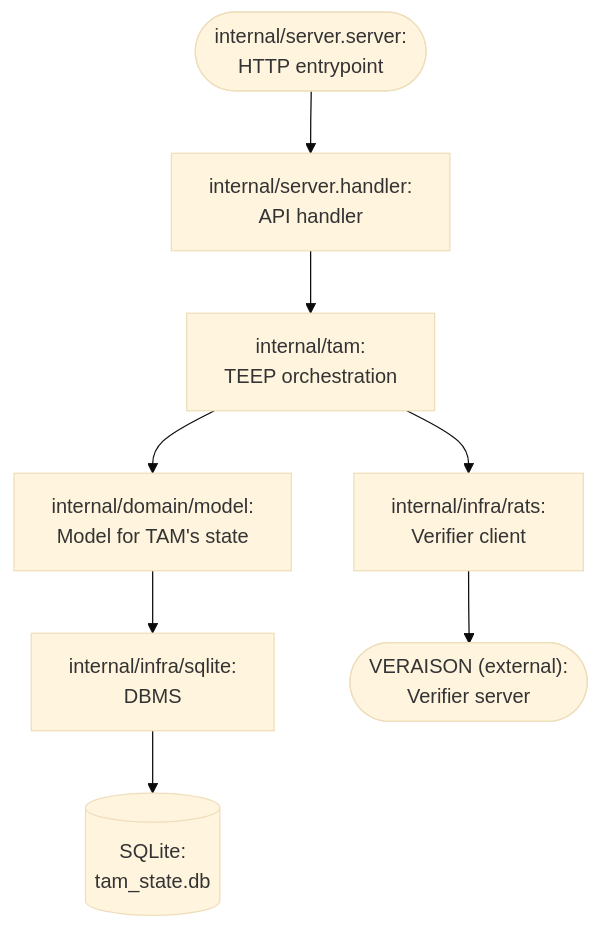
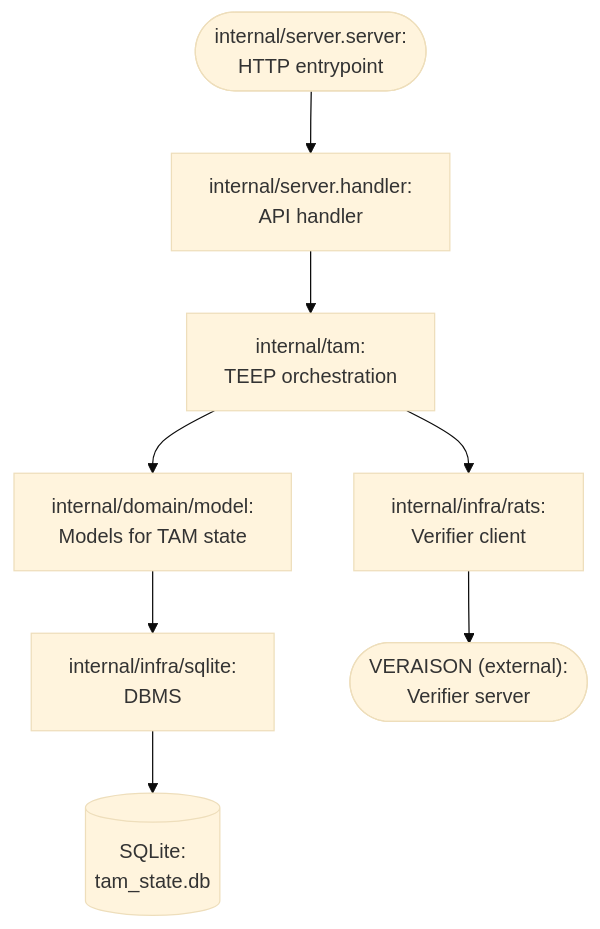
One commit to kentakayama/AttesTAM changed the first of 3 diagrams in doc/INTERNAL_DESIGN.md. Above: the diagram before and after it, drawn with Mermaid (base theme). The commit also changed other lines of this file and 12 other files, not shown here.

````diff
--- a/doc/INTERNAL_DESIGN.md
+++ b/doc/INTERNAL_DESIGN.md
@@ -8,11 +8,11 @@
 ```mermaid
 flowchart TD
     B([internal/server.server: <br/>HTTP entrypoint])
     B --> C[internal/server.handler: <br/>API handler]
     C --> D[internal/tam: <br/>TEEP orchestration]
-    D --> E[internal/domain/model: <br/>Model for TAM's state]
+    D --> E[internal/domain/model: <br/>Models for TAM state]
     E --> F[internal/infra/sqlite: <br/>DBMS]
     F --> H[(SQLite: <br/>tam_state.db)]
     D --> G[internal/infra/rats: <br/>Verifier client]
     G --> V(["VERAISON (external): <br/>Verifier server"])
 ```
````
